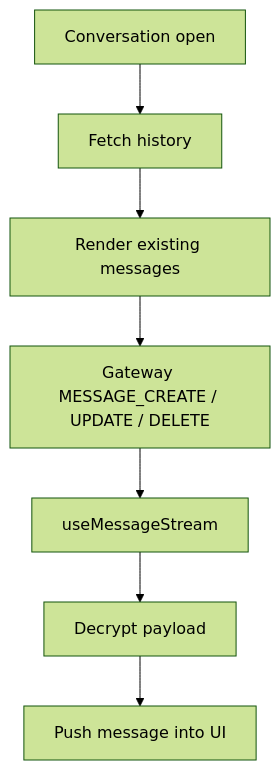
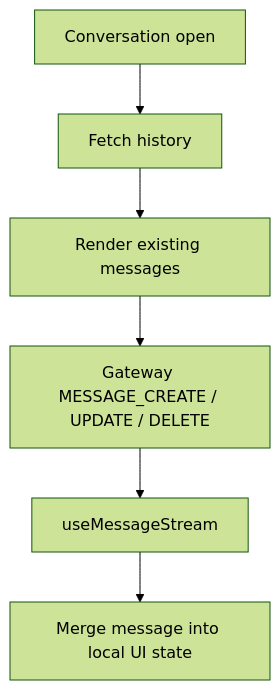
One commit to voidjack233/VOIDCHATS-NOTE2EE changed the seventh of 9 diagrams in VOID0000-www/docs/project-flow-map.md. Above: the diagram before and after it, drawn with Mermaid (forest theme). The commit also changed other lines of this file and 497 other files, not shown here.

````diff
--- a/VOID0000-www/docs/project-flow-map.md
+++ b/VOID0000-www/docs/project-flow-map.md
@@ -332,9 +202,8 @@
 ```mermaid
 flowchart TD
   A[Conversation open] --> B[Fetch history]
   B --> C[Render existing messages]
   C --> D[Gateway MESSAGE_CREATE / UPDATE / DELETE]
   D --> E[useMessageStream]
-  E --> F[Decrypt payload]
-  F --> G[Push message into UI]
+  E --> F[Merge message into local UI state]
 ```
````
